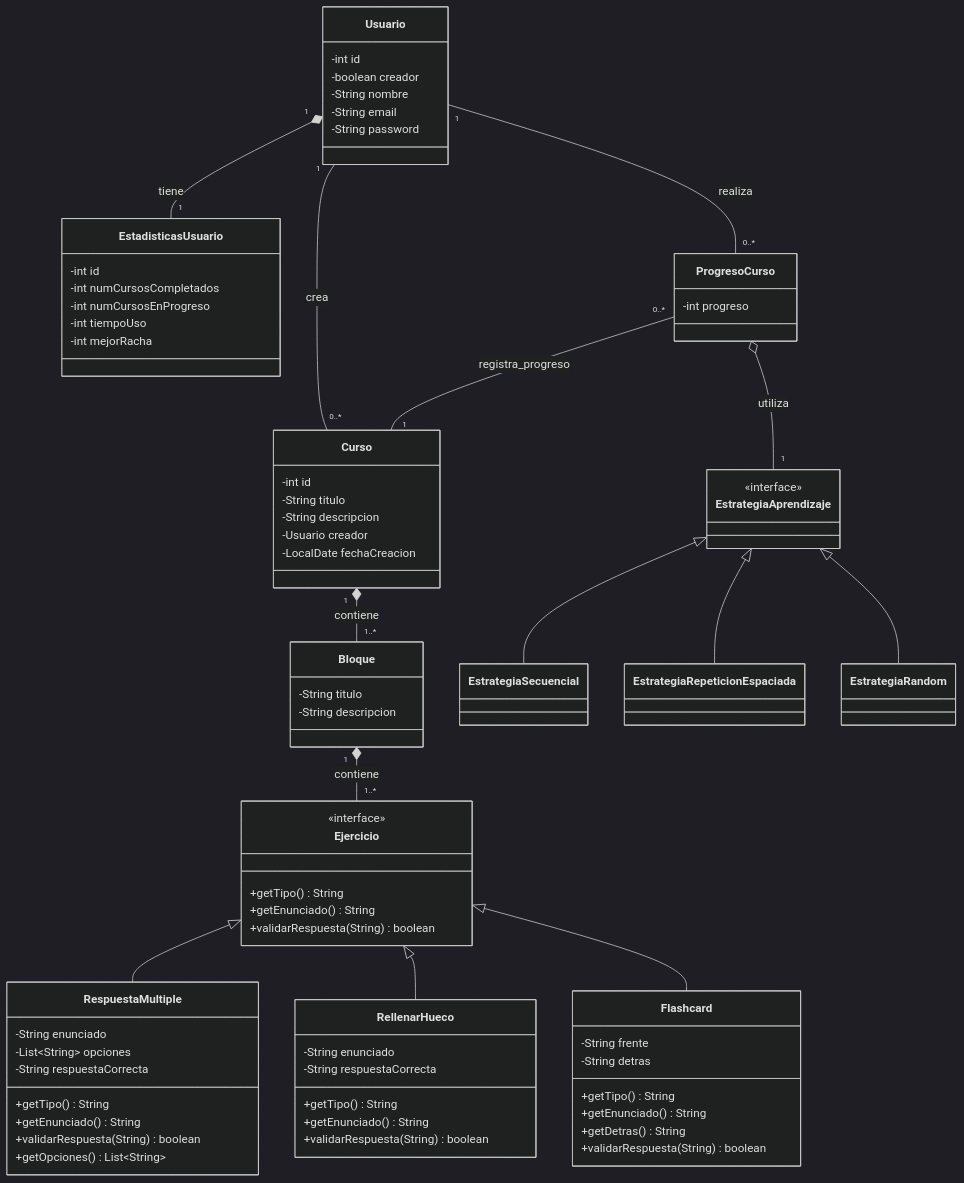
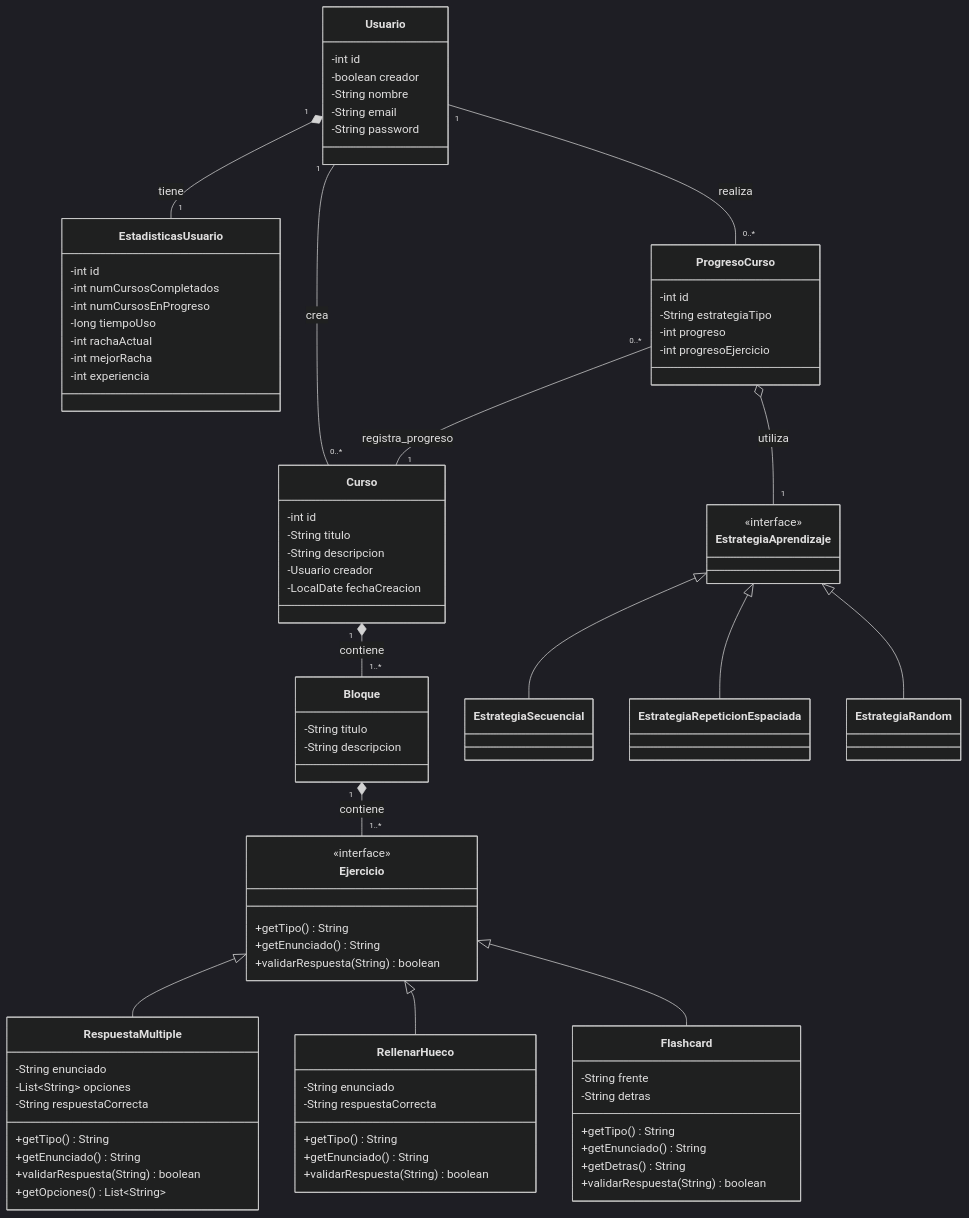
Before and after one commit to rubmoyanop/pds2025-plataforma-aprendizaje: the diagram in docs/modelado/modelo_dominio.md, drawn with Mermaid (dark theme).

Commit message:
Actualizado el diagrama de modelado del dominio para incluir nuevos atributos en las clases EstadisticasUsuario y ProgresoCurso

```diff
--- a/docs/modelado/modelo_dominio.md
+++ b/docs/modelado/modelo_dominio.md
@@ -15,8 +15,10 @@
         -int id
         -int numCursosCompletados
         -int numCursosEnProgreso
-        -int tiempoUso
+        -long tiempoUso
+        -int rachaActual
         -int mejorRacha
+        -int experiencia
     }
     class Curso {
         -int id
@@ -31,7 +33,10 @@
     
     }
     class ProgresoCurso {
+        -int id
+        -String estrategiaTipo
         -int progreso
+        -int progresoEjercicio
     }
 
     class Ejercicio {
```
